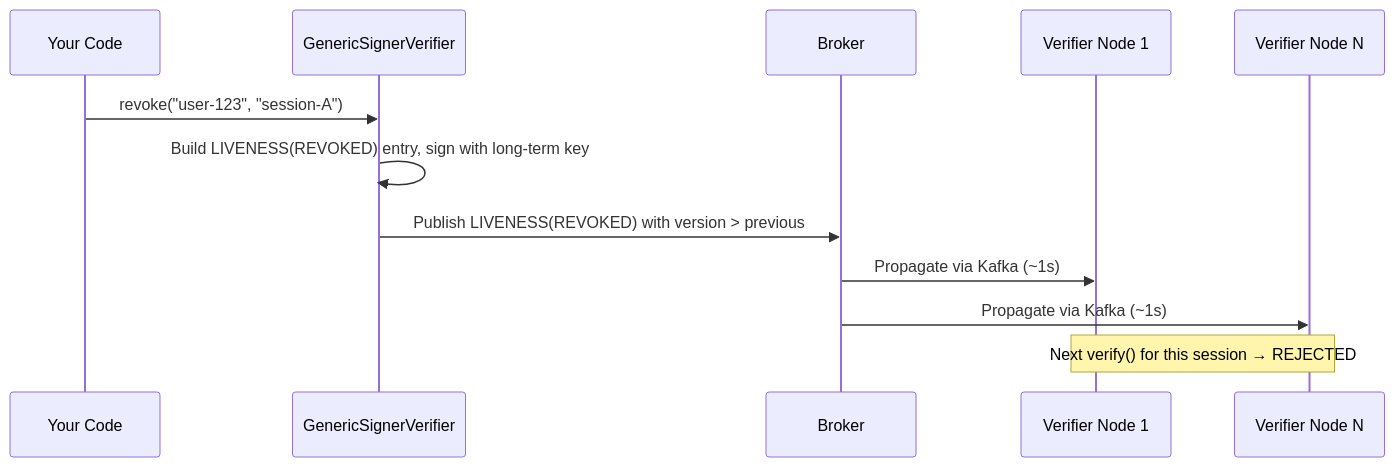
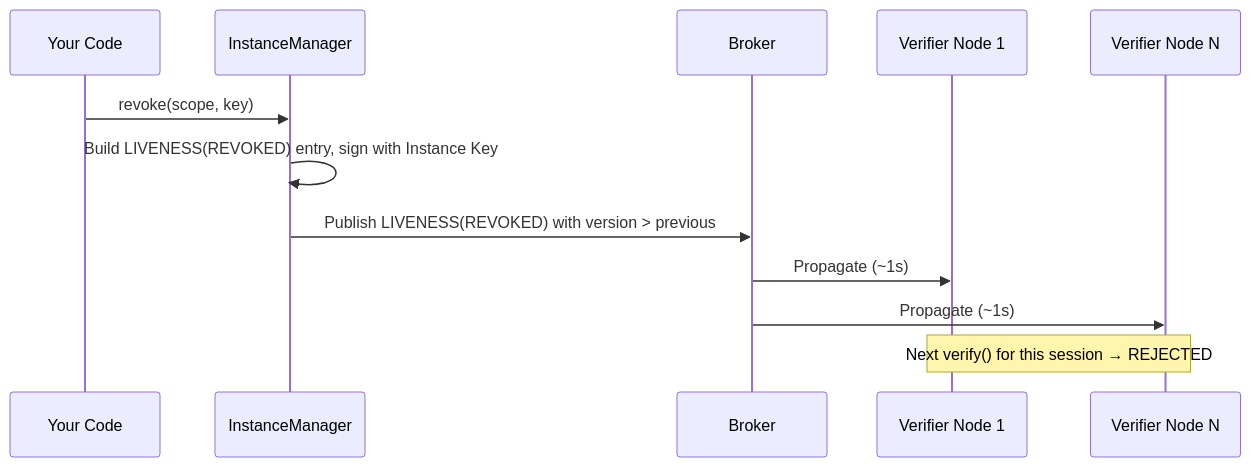
One commit to cyfko/veridot changed the third of 3 diagrams in docs/docs/getting-started/how-it-works.md. Above: the diagram before and after it, drawn with Mermaid. The commit also changed other lines of this file and 84 other files, not shown here.

Commit message:
docs: complete Protocol V5 documentation rewrite (including premium diagrams)

````diff
--- a/docs/docs/getting-started/how-it-works.md
+++ b/docs/docs/getting-started/how-it-works.md
@@ -135,15 +131,15 @@
 ```mermaid
 sequenceDiagram
     participant App as Your Code
-    participant GSV as GenericSignerVerifier
+    participant IM as InstanceManager
     participant Broker as Broker
     participant V1 as Verifier Node 1
     participant V2 as Verifier Node N
 
-    App->>GSV: revoke("user-123", "session-A")
-    GSV->>GSV: Build LIVENESS(REVOKED) entry, sign with long-term key
-    GSV->>Broker: Publish LIVENESS(REVOKED) with version > previous
-    Broker->>V1: Propagate via Kafka (~1s)
-    Broker->>V2: Propagate via Kafka (~1s)
+    App->>IM: revoke(scope, key)
+    IM->>IM: Build LIVENESS(REVOKED) entry, sign with Instance Key
+    IM->>Broker: Publish LIVENESS(REVOKED) with version > previous
+    Broker->>V1: Propagate (~1s)
+    Broker->>V2: Propagate (~1s)
     Note over V1,V2: Next verify() for this session → REJECTED
 ```
````
